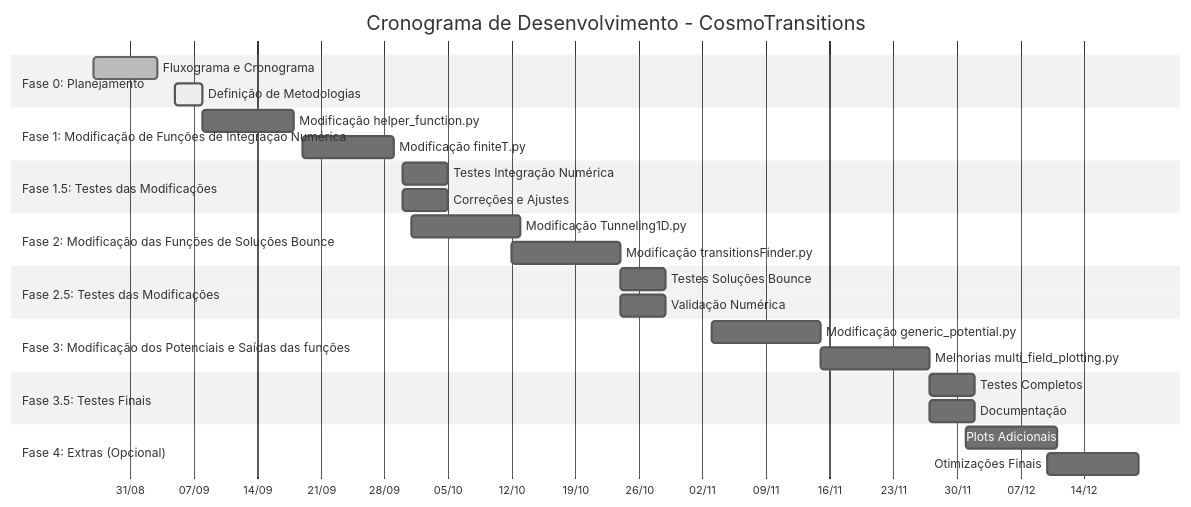
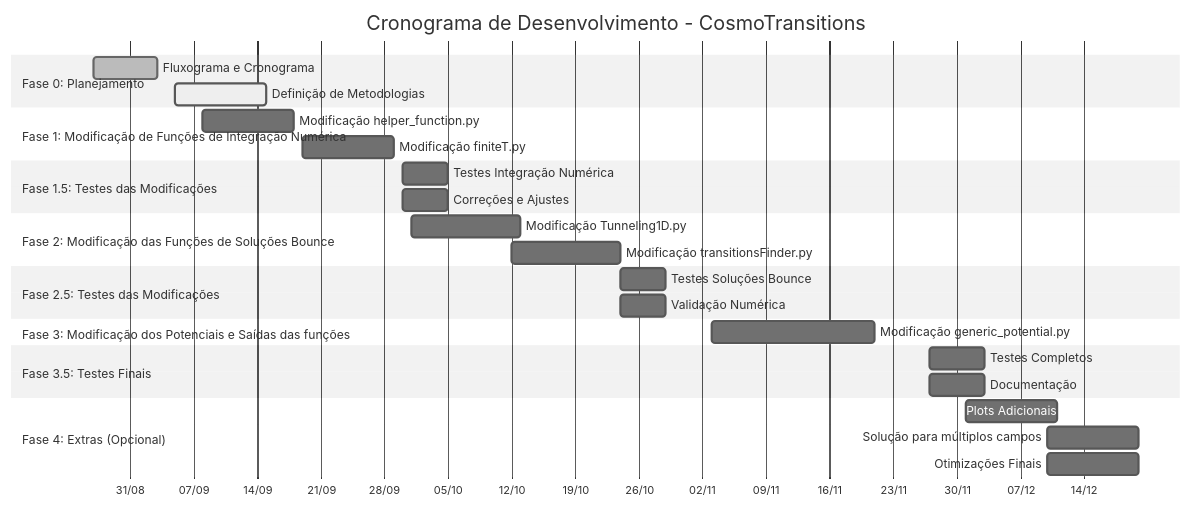
Before and after one commit to IgorStellet/GW_FOPT_Simulation: the second of 3 diagrams in README.md, drawn with Mermaid (neutral theme). The commit also changed other lines of this file, not shown here.

````diff
--- a/README.md
+++ b/README.md
@@ -77,38 +90,38 @@
 ```mermaid
 gantt
     title Cronograma de Desenvolvimento - CosmoTransitions
     dateFormat  YYYY-MM-DD
     axisFormat  %d/%m
     
     section Fase 0: Planejamento
     Fluxograma e Cronograma          :done, 2025-08-27, 7d
-    Definição de Metodologias        :active, 2025-09-05, 3d
+    Definição de Metodologias        :active, 2025-09-05, 10d
     
     section Fase 1: Modificação de Funções de Integração Numérica
     Modificação helper_function.py            :2025-09-08, 10d
     Modificação finiteT.py           :2025-09-19, 10d
     
     section Fase 1.5: Testes das Modificações
     Testes Integração Numérica       :2025-09-30, 5d
     Correções e Ajustes              :2025-09-30, 5d
     
     section Fase 2: Modificação das Funções de Soluções Bounce
     Modificação Tunneling1D.py       :2025-10-01, 12d
     Modificação transitionsFinder.py :2025-10-12, 12d
     
     section Fase 2.5: Testes das Modificações
     Testes Soluções Bounce           :2025-10-24, 5d
     Validação Numérica               :2025-10-24, 5d
     
     section Fase 3: Modificação dos Potenciais e Saídas das funções
-    Modificação generic_potential.py           :2025-11-03, 12d
-    Melhorias multi_field_plotting.py  :2025-11-15, 12d
+    Modificação generic_potential.py           :2025-11-03, 18d
     
     section Fase 3.5: Testes Finais
-    Testes Completos                 :2025-11-27, 5d
-    Documentação                     :2025-11-27, 5d
+    Testes Completos                 :2025-11-27, 6d
+    Documentação                     :2025-11-27, 6d
     
     section Fase 4: Extras (Opcional)
     Plots Adicionais                 :2025-12-01, 10d
+    Solução para múltiplos campos    :2025-12-10, 10d
     Otimizações Finais               :2025-12-10, 10d
 ```
````
